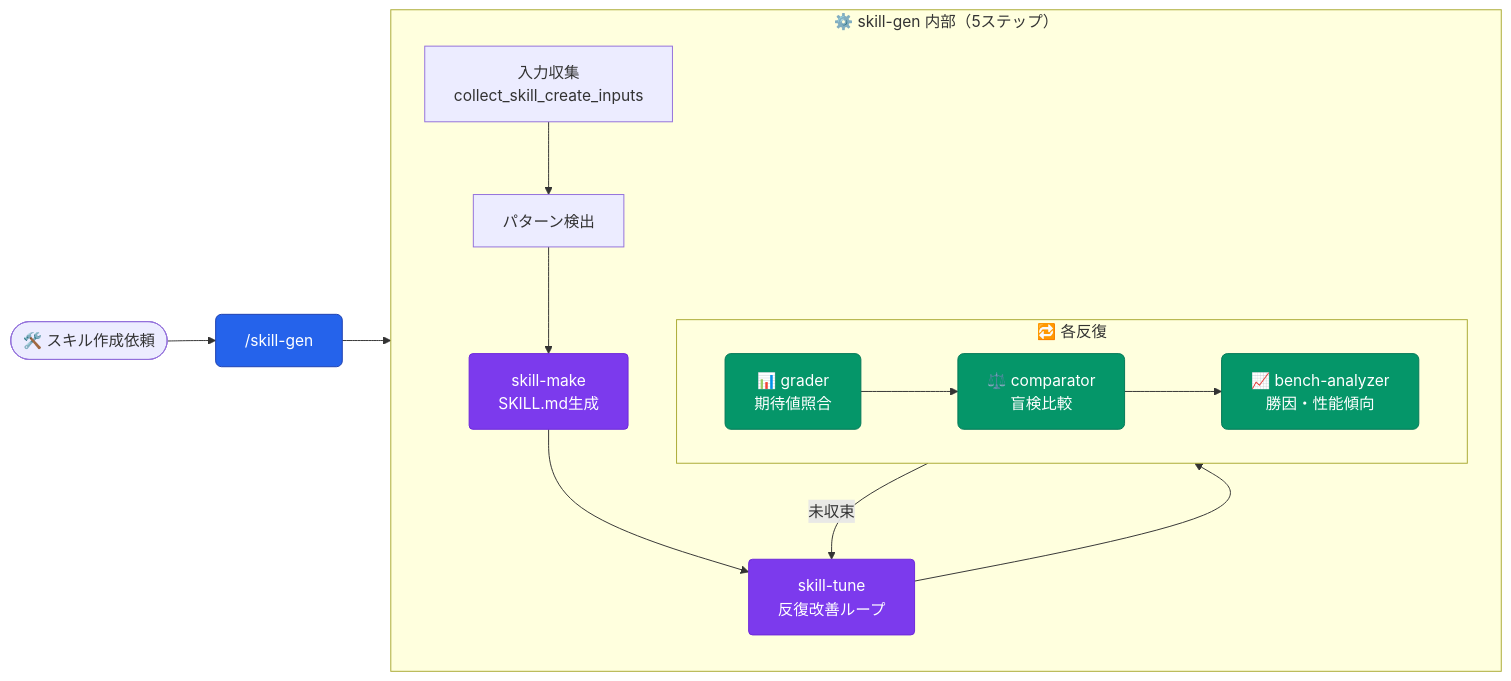
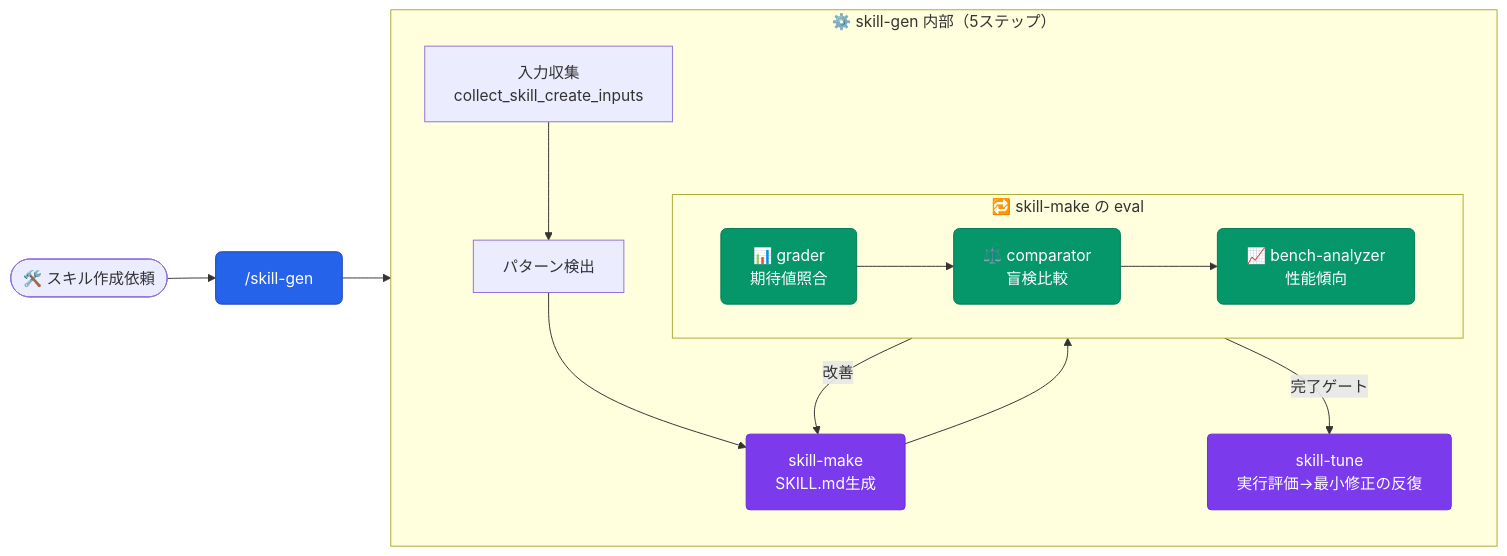
One commit to aokumablue/claq changed diagram 12 of 19 in README.md. Above: the diagram before and after it, drawn with Mermaid. The commit also changed other lines of this file, not shown here.

Commit message:
docs(readme): refactor 部分モードと skill-gen の評価の流れを定義に合わせる

````diff
--- a/README.md
+++ b/README.md
@@ -548,26 +551,26 @@
 ```mermaid
 flowchart LR
   classDef cmd    fill:#2563eb,stroke:#1e40af,color:#fff,rx:6
   classDef agent  fill:#059669,stroke:#047857,color:#fff,rx:6
   classDef skill  fill:#7c3aed,stroke:#6d28d9,color:#fff,rx:4
 
   U(["🛠️ スキル作成依頼"]) --> CSG["/skill-gen"]:::cmd
 
   subgraph skillgen["⚙️ skill-gen 内部（5ステップ）"]
     direction TB
     COL["入力収集<br/>collect_skill_create_inputs"] --> PAT["パターン検出"]
     PAT --> SM["skill-make<br/>SKILL.md生成"]:::skill
-    SM --> ST["skill-tune<br/>反復改善ループ"]:::skill
 
-    subgraph loop["🔁 各反復"]
+    subgraph loop["🔁 skill-make の eval"]
       direction LR
       AG["📊 grader<br/>期待値照合"]:::agent --> AC["⚖️ comparator<br/>盲検比較"]:::agent
-      AC --> AA["📈 bench-analyzer<br/>勝因・性能傾向"]:::agent
+      AC --> AA["📈 bench-analyzer<br/>性能傾向"]:::agent
     end
 
-    ST --> loop
-    loop -->|"未収束"| ST
+    SM --> loop
+    loop -->|"改善"| SM
+    loop -->|"完了ゲート"| ST["skill-tune<br/>実行評価→最小修正の反復"]:::skill
   end
 
   CSG --> skillgen
 ```
````
